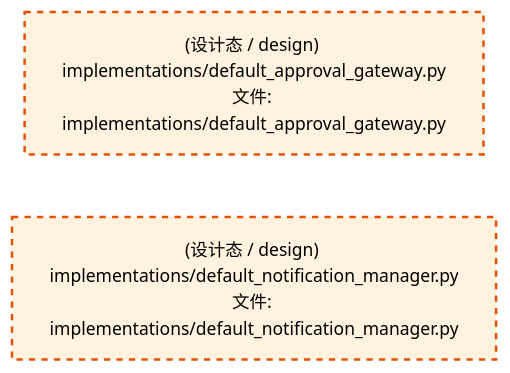
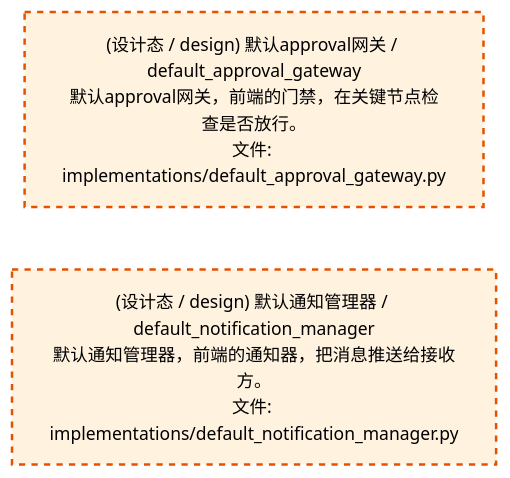
The third of 4 diagrams in docs/02_enterprise_architecture/02_domain_architecture_docs/47_d_frontend.md (xuanFelixVan/ZephyrAlpha), drawn with Mermaid before and after one commit. The commit also changed other lines of this file and 60 other files, not shown here.

````diff
--- a/docs/02_enterprise_architecture/02_domain_architecture_docs/47_d_frontend.md
+++ b/docs/02_enterprise_architecture/02_domain_architecture_docs/47_d_frontend.md
@@ -177,12 +177,12 @@
 ```mermaid
 %%{init: {'theme': 'base', 'themeVariables': {'primaryColor': '#eaeaea', 'primaryTextColor': '#333333', 'primaryBorderColor': '#666666', 'lineColor': '#666666', 'secondaryColor': '#eaeaea', 'tertiaryColor': '#eaeaea', 'fontSize': '14px'}}}%%
 flowchart TD
-    src_zephyr_frontend_implementations_default_approval_gateway_py["(设计态 / design) implementations/default_approval_gateway.py<br/>文件: implementations/default_approval_gateway.py"]
-    src_zephyr_frontend_implementations_default_notification_manager_py["(设计态 / design) implementations/default_notification_manager.py<br/>文件: implementations/default_notification_manager.py"]
+    src_zephyr_frontend_implementations_default_approval_gateway_py["(设计态 / design) 默认approval网关 / default_approval_gateway<br/>默认approval网关，前端的门禁，在关键节点检查是否放行。<br/>文件: implementations/default_approval_gateway.py"]
+    src_zephyr_frontend_implementations_default_notification_manager_py["(设计态 / design) 默认通知管理器 / default_notification_manager<br/>默认通知管理器，前端的通知器，把消息推送给接收方。<br/>文件: implementations/default_notification_manager.py"]
     src_zephyr_frontend_implementations_default_approval_gateway_py ~~~ src_zephyr_frontend_implementations_default_notification_manager_py
     classDef production fill:#e1f5fe,stroke:#01579b,stroke-width:2px,color:#000
     classDef design fill:#fff3e0,stroke:#e65100,stroke-width:2px,color:#000,stroke-dasharray: 5 5
     classDef external_prod fill:#e8f4fd,stroke:#0277bd,stroke-width:1px,color:#000
     classDef external_design fill:#fff8e7,stroke:#ef6c00,stroke-width:1px,color:#000,stroke-dasharray: 5 5
     class src_zephyr_frontend_implementations_default_approval_gateway_py,src_zephyr_frontend_implementations_default_notification_manager_py design
 ```
````
